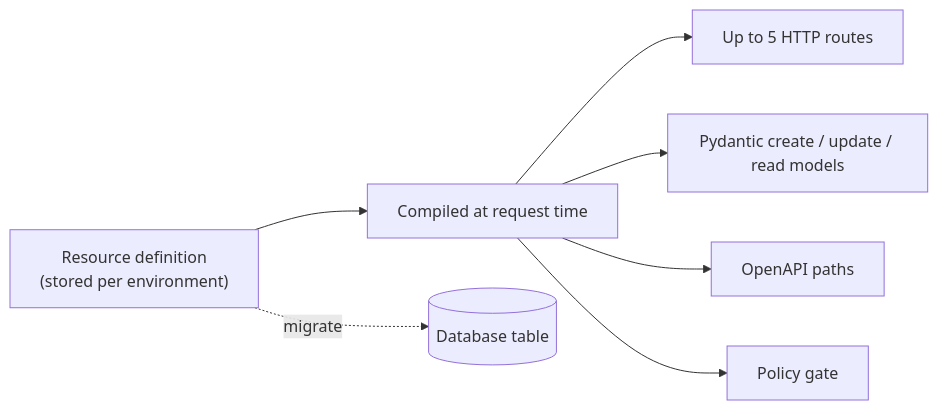
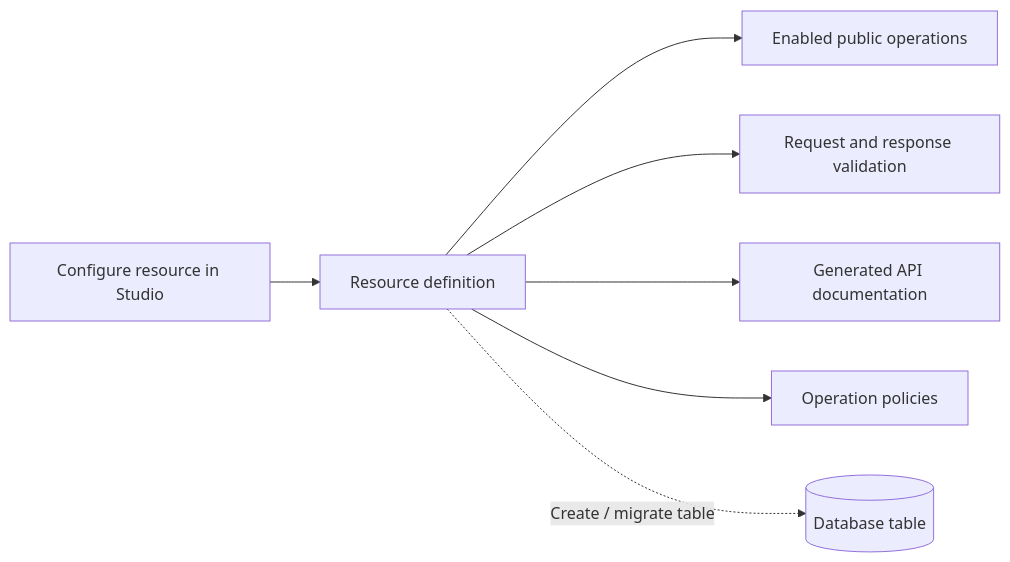
Before and after one commit to sillohq/pawabase: the diagram in apps/docs/data/resources.mdx, drawn with Mermaid. The commit also changed other lines of this file and 26 other files, not shown here.

````diff
--- a/apps/docs/data/resources.mdx
+++ b/apps/docs/data/resources.mdx
@@ -17,9 +17,9 @@
 ```mermaid
 flowchart LR
-    def["Resource definition\n(stored per environment)"] --> compile["Compiled at request time"]
-    compile --> routes["Up to 5 HTTP routes"]
-    compile --> models["Pydantic create / update / read models"]
-    compile --> openapi["OpenAPI paths"]
-    compile --> gate["Policy gate"]
-    def -.->|migrate| table[("Database table")]
+    studio["Configure resource in Studio"] --> resource["Resource definition"]
+    resource --> routes["Enabled public operations"]
+    resource --> validation["Request and response validation"]
+    resource --> docs["Generated API documentation"]
+    resource --> policies["Operation policies"]
+    resource -.->|Create / migrate table| table[("Database table")]
 ```
````
